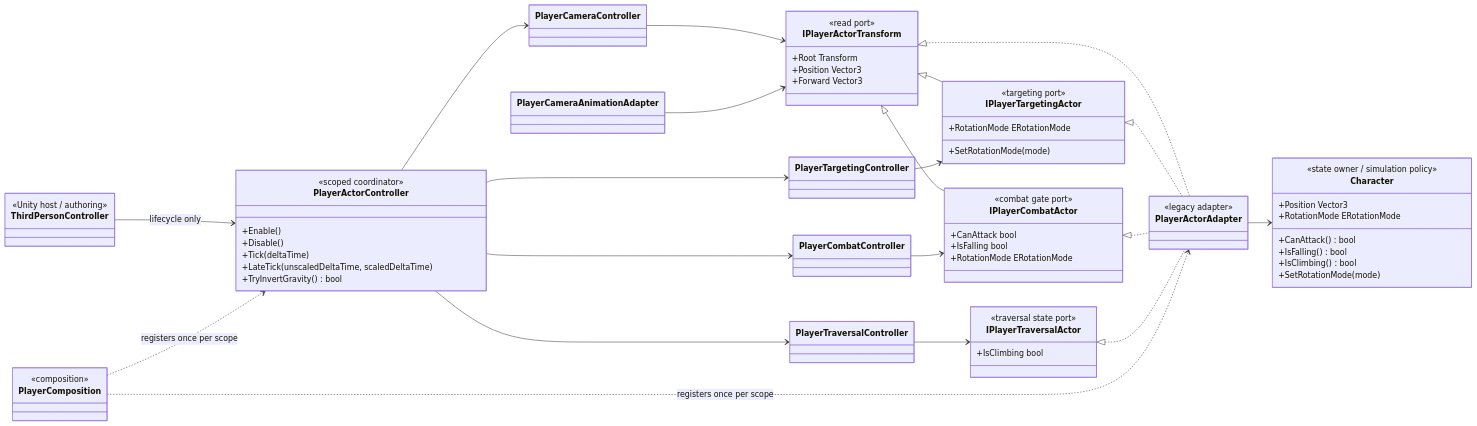
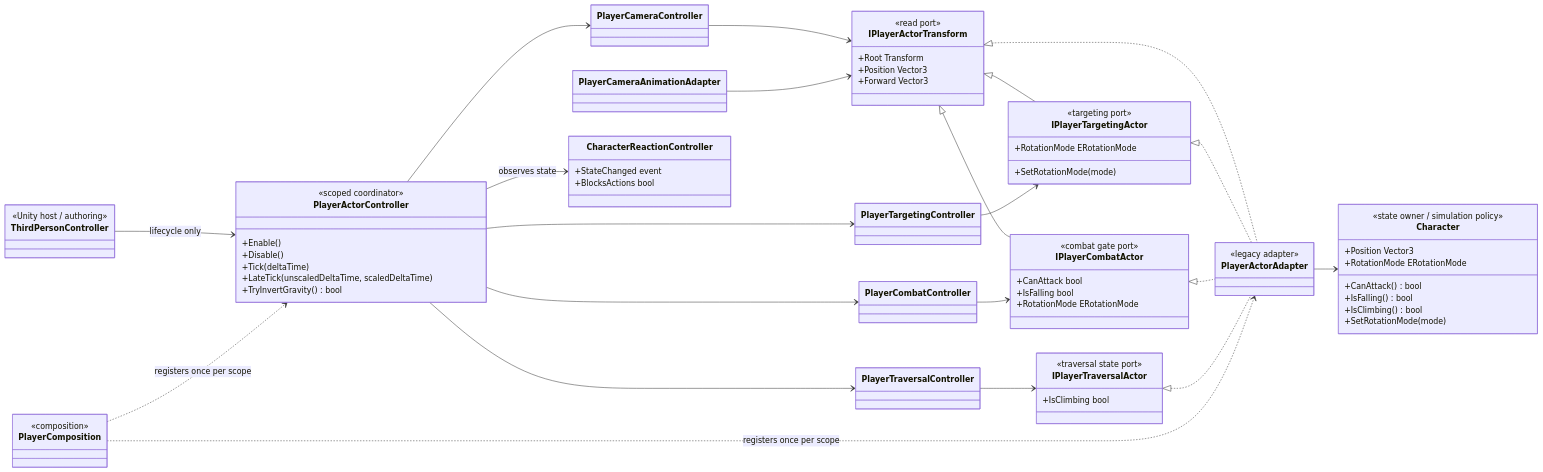
One commit to MaximFonariuc/project-s changed the first of 2 diagrams in Docs/Architecture/Player.ActorBoundary.md. Above: the diagram before and after it, drawn with Mermaid. The commit also changed other lines of this file and 17 other files, not shown here.

````diff
--- a/Docs/Architecture/Player.ActorBoundary.md
+++ b/Docs/Architecture/Player.ActorBoundary.md
@@ -13,77 +13,82 @@
 ```mermaid
 classDiagram
     direction LR
 
     class IPlayerActorTransform {
         <<read port>>
         +Root Transform
         +Position Vector3
         +Forward Vector3
     }
     class IPlayerTargetingActor {
         <<targeting port>>
         +RotationMode ERotationMode
         +SetRotationMode(mode)
     }
     class IPlayerCombatActor {
         <<combat gate port>>
         +CanAttack bool
         +IsFalling bool
         +RotationMode ERotationMode
     }
     class IPlayerTraversalActor {
         <<traversal state port>>
         +IsClimbing bool
     }
     class PlayerActorAdapter {
         <<legacy adapter>>
     }
     class Character {
         <<state owner / simulation policy>>
         +Position Vector3
         +RotationMode ERotationMode
         +CanAttack() bool
         +IsFalling() bool
         +IsClimbing() bool
         +SetRotationMode(mode)
     }
     class PlayerCameraController
     class PlayerCameraAnimationAdapter
     class PlayerTargetingController
     class PlayerCombatController
     class PlayerTraversalController
+    class CharacterReactionController {
+        +StateChanged event
+        +BlocksActions bool
+    }
     class PlayerActorController {
         <<scoped coordinator>>
         +Enable()
         +Disable()
         +Tick(deltaTime)
         +LateTick(unscaledDeltaTime, scaledDeltaTime)
         +TryInvertGravity() bool
     }
     class ThirdPersonController {
         <<Unity host / authoring>>
     }
     class PlayerComposition {
         <<composition>>
     }
 
     IPlayerActorTransform <|-- IPlayerTargetingActor
     IPlayerActorTransform <|-- IPlayerCombatActor
     IPlayerActorTransform <|.. PlayerActorAdapter
     IPlayerTargetingActor <|.. PlayerActorAdapter
     IPlayerCombatActor <|.. PlayerActorAdapter
     IPlayerTraversalActor <|.. PlayerActorAdapter
     PlayerActorAdapter --> Character
     PlayerCameraController --> IPlayerActorTransform
     PlayerCameraAnimationAdapter --> IPlayerActorTransform
     PlayerTargetingController --> IPlayerTargetingActor
     PlayerCombatController --> IPlayerCombatActor
     PlayerTraversalController --> IPlayerTraversalActor
     ThirdPersonController --> PlayerActorController : lifecycle only
     PlayerActorController --> PlayerCameraController
     PlayerActorController --> PlayerTargetingController
     PlayerActorController --> PlayerCombatController
     PlayerActorController --> PlayerTraversalController
+    PlayerActorController --> CharacterReactionController : observes state
     PlayerComposition ..> PlayerActorAdapter : registers once per scope
     PlayerComposition ..> PlayerActorController : registers once per scope
 ```
````
